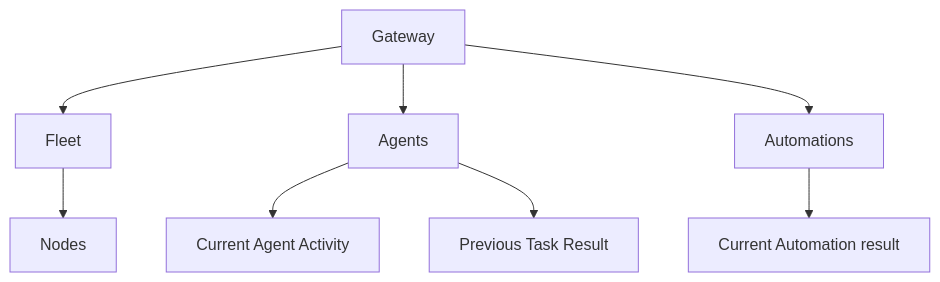
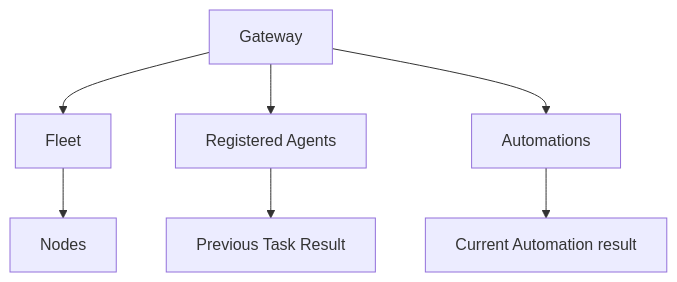
Before and after one commit to yasuhito/clawbar: the diagram in docs/product-description/foundations/operational-model.md, drawn with Mermaid. The commit also changed other lines of this file and 7 other files, not shown here.

````diff
--- a/docs/product-description/foundations/operational-model.md
+++ b/docs/product-description/foundations/operational-model.md
@@ -11,10 +11,9 @@
 ```mermaid
 flowchart TD
     G[Gateway] --> F[Fleet]
     F --> N[Nodes]
-    G --> A[Agents]
-    A --> AC[Current Agent Activity]
+    G --> A[Registered Agents]
     A --> TR[Previous Task Result]
     G --> AU[Automations]
     AU --> AF[Current Automation result]
 ```
````
